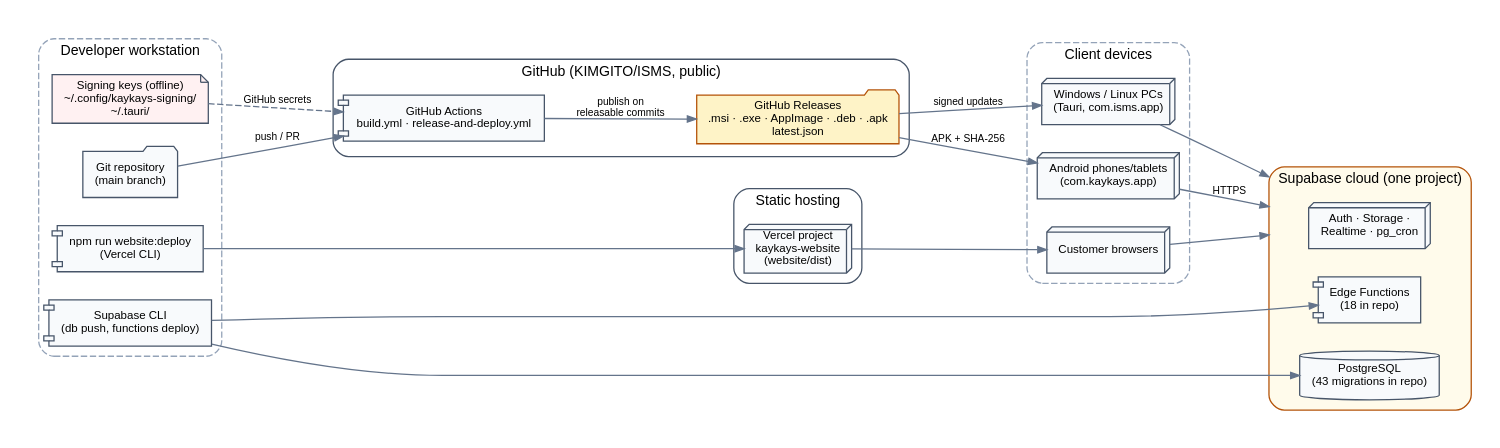
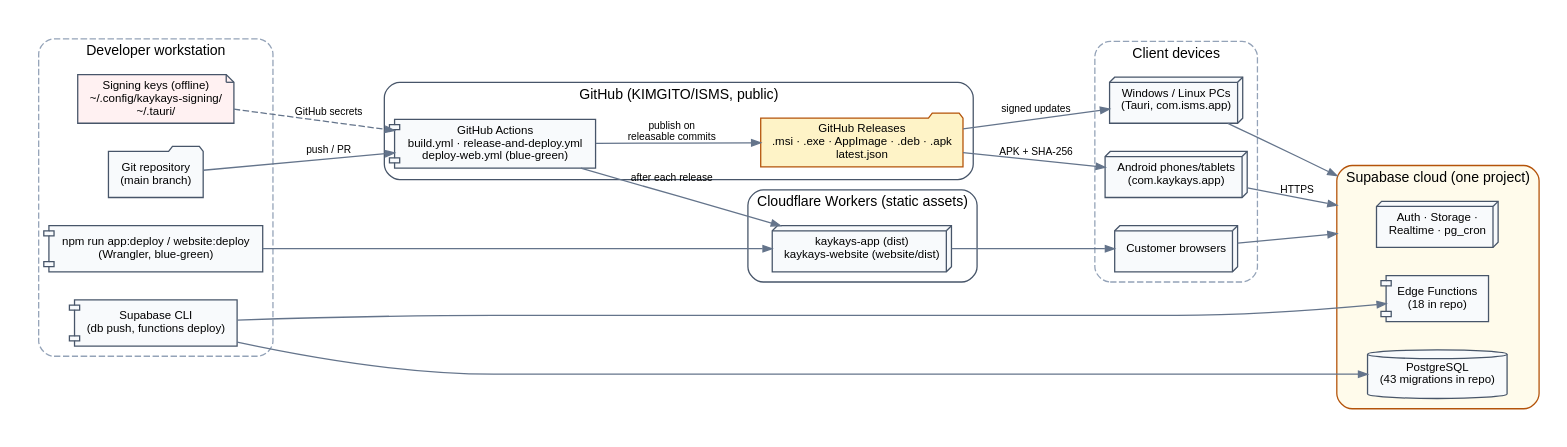
One commit to KIMGITO/ISMS changed the diagram in documentation/diagrams/src/deployment.dot. Above: the diagram before and after it, drawn with Graphviz. The commit also changed 63 other files, not shown here.

First line of the commit message:
fix: About page uses the full width with columns; move web app and website to Cloudflare

```diff
--- a/documentation/diagrams/src/deployment.dot
+++ b/documentation/diagrams/src/deployment.dot
@@ -1,36 +1,36 @@
 // Figure 20.1: Deployment view. Where each artefact is built, stored and executed.
 digraph deployment {
   graph [rankdir=LR, fontname="Arial", fontsize=11, nodesep=0.3, ranksep=0.7, pad=0.2, compound=true];
   node  [fontname="Arial", fontsize=9, shape=box3d, style=filled, fillcolor="#f8fafc", color="#475569"];
   edge  [fontname="Arial", fontsize=8, color="#64748b", arrowsize=0.7];
 
   subgraph cluster_dev { label="Developer workstation"; style="rounded,dashed"; color="#94a3b8";
     repo  [label="Git repository\n(main branch)", shape=folder];
     keys  [label="Signing keys (offline)\n~/.config/kaykays-signing/\n~/.tauri/", shape=note, fillcolor="#fff1f2"];
     cli   [label="Supabase CLI\n(db push, functions deploy)", shape=component];
-    vcli  [label="npm run website:deploy\n(Vercel CLI)", shape=component];
+    vcli  [label="npm run app:deploy / website:deploy\n(Wrangler, blue-green)", shape=component];
   }
   subgraph cluster_gh { label="GitHub (KIMGITO/ISMS, public)"; style="rounded"; color="#475569";
-    ci   [label="GitHub Actions\nbuild.yml · release-and-deploy.yml", shape=component];
+    ci   [label="GitHub Actions\nbuild.yml · release-and-deploy.yml\ndeploy-web.yml (blue-green)", shape=component];
     rel  [label="GitHub Releases\n.msi · .exe · AppImage · .deb · .apk\nlatest.json", shape=folder, fillcolor="#fef3c7", color="#b45309"];
   }
   subgraph cluster_sb { label="Supabase cloud (one project)"; style="rounded,filled"; fillcolor="#fffbeb"; color="#b45309";
     pg   [label="PostgreSQL\n(43 migrations in repo)", shape=cylinder];
     fns  [label="Edge Functions\n(18 in repo)", shape=component];
     svc  [label="Auth · Storage ·\nRealtime · pg_cron"];
   }
-  subgraph cluster_host { label="Static hosting"; style="rounded"; color="#475569";
-    vercel [label="Vercel project\nkaykays-website\n(website/dist)"];
+  subgraph cluster_host { label="Cloudflare Workers (static assets)"; style="rounded"; color="#475569";
+    cfw [label="kaykays-app (dist)\nkaykays-website (website/dist)"];
   }
   subgraph cluster_devices { label="Client devices"; style="rounded,dashed"; color="#94a3b8";
     android [label="Android phones/tablets\n(com.kaykays.app)"];
     desktop [label="Windows / Linux PCs\n(Tauri, com.isms.app)"];
     browser [label="Customer browsers"];
   }
 
   repo -> ci [label="push / PR"]; keys -> ci [label="GitHub secrets", style=dashed];
   ci -> rel [label="publish on\nreleasable commits"];
   rel -> android [label="APK + SHA-256"]; rel -> desktop [label="signed updates"];
-  cli -> pg; cli -> fns; vcli -> vercel; vercel -> browser;
+  cli -> pg; cli -> fns; vcli -> cfw; ci -> cfw [label="after each release"]; cfw -> browser;
   android -> svc [lhead=cluster_sb, label="HTTPS"]; desktop -> svc [lhead=cluster_sb]; browser -> svc [lhead=cluster_sb];
 }
```
